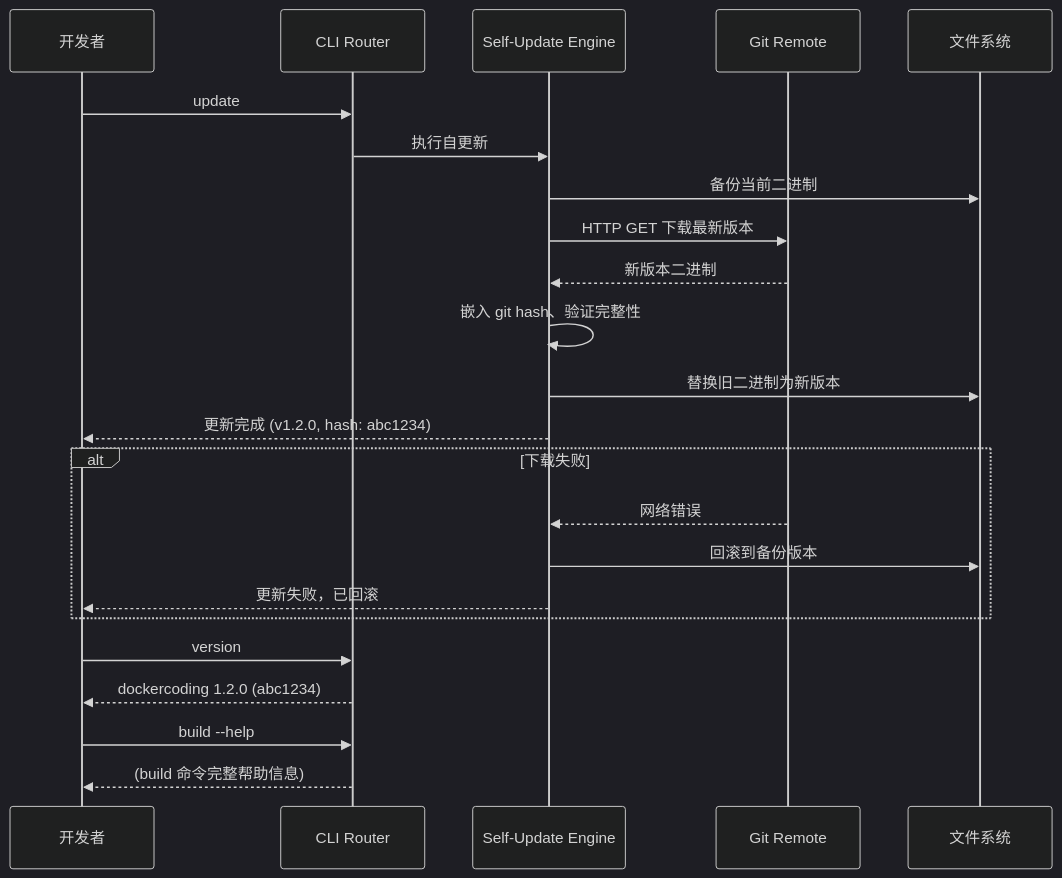
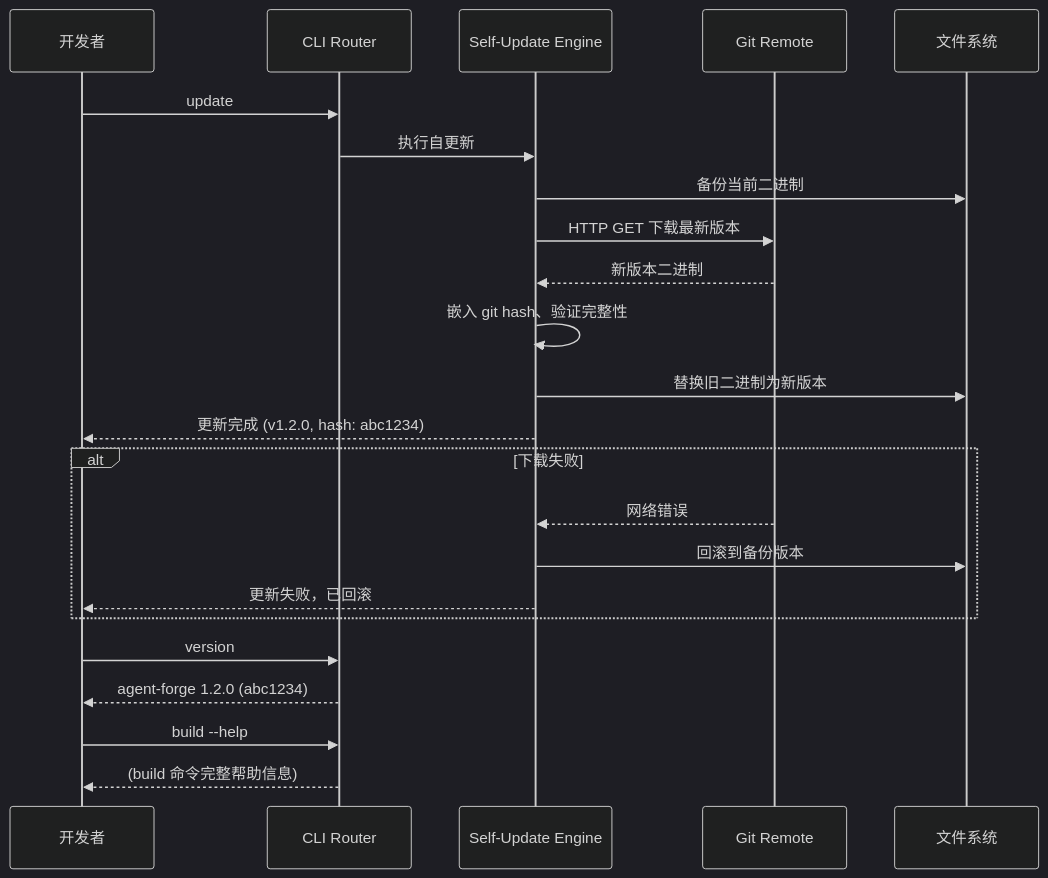
Before and after one commit to bianc2018/AgentForge: diagram 24 of 24 in docs/features/agent-forge/design.md, drawn with Mermaid (dark theme). The commit also changed other lines of this file and 3 other files, not shown here.

First line of the commit message:
fix: 移除 dockercoding 字样，补充自定义构建流程时序图

````diff
--- a/docs/features/agent-forge/design.md
+++ b/docs/features/agent-forge/design.md
@@ -1222,28 +1245,28 @@
 ```mermaid
 sequenceDiagram
     participant Dev as 开发者
     participant CLI as CLI Router
     participant UE as Self-Update Engine
     participant Git as Git Remote
     participant FS as 文件系统
 
     Dev->>CLI: update
     CLI->>UE: 执行自更新
     UE->>FS: 备份当前二进制
     UE->>Git: HTTP GET 下载最新版本
     Git-->>UE: 新版本二进制
     UE->>UE: 嵌入 git hash、验证完整性
     UE->>FS: 替换旧二进制为新版本
     UE-->>Dev: 更新完成 (v1.2.0, hash: abc1234)
     alt 下载失败
         Git-->>UE: 网络错误
         UE->>FS: 回滚到备份版本
         UE-->>Dev: 更新失败，已回滚
     end
 
     Dev->>CLI: version
-    CLI-->>Dev: dockercoding 1.2.0 (abc1234)
+    CLI-->>Dev: agent-forge 1.2.0 (abc1234)
 
     Dev->>CLI: build --help
     CLI-->>Dev: (build 命令完整帮助信息)
 ```
````
